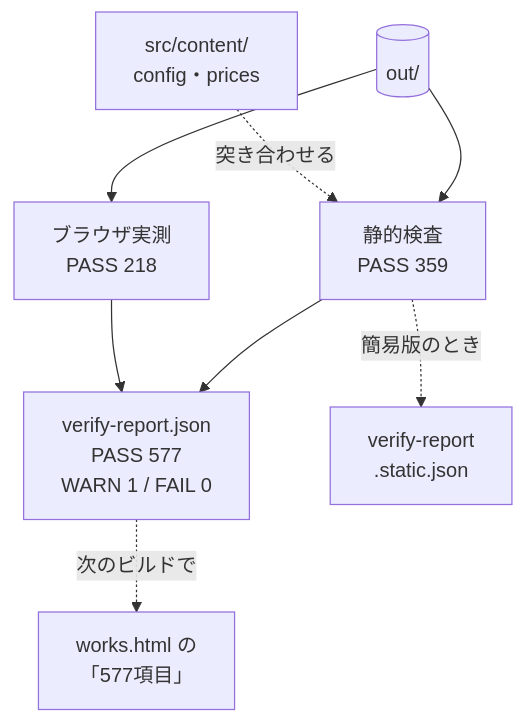
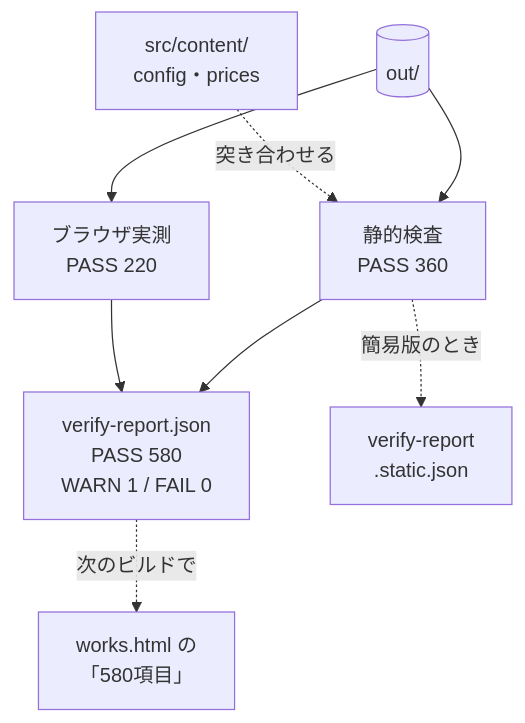
One commit to bright-broom/tsumugi changed the third of 4 diagrams in site/README.md. Above: the diagram before and after it, drawn with Mermaid. The commit also changed other lines of this file and 17 other files, not shown here.

````diff
--- a/site/README.md
+++ b/site/README.md
@@ -59,10 +59,10 @@
 ```mermaid
 flowchart TD
-  out[("out/")] --> st["静的検査<br/>PASS 359"]
-  out --> br["ブラウザ実測<br/>PASS 218"]
+  out[("out/")] --> st["静的検査<br/>PASS 360"]
+  out --> br["ブラウザ実測<br/>PASS 220"]
   content["src/content/<br/>config・prices"] -.->|突き合わせる| st
-  st --> full["verify-report.json<br/>PASS 577<br/>WARN 1 / FAIL 0"]
+  st --> full["verify-report.json<br/>PASS 580<br/>WARN 1 / FAIL 0"]
   br --> full
   st -.->|簡易版のとき| static["verify-report<br/>.static.json"]
-  full -.->|次のビルドで| works["works.html の<br/>「577項目」"]
+  full -.->|次のビルドで| works["works.html の<br/>「580項目」"]
 ```
````
